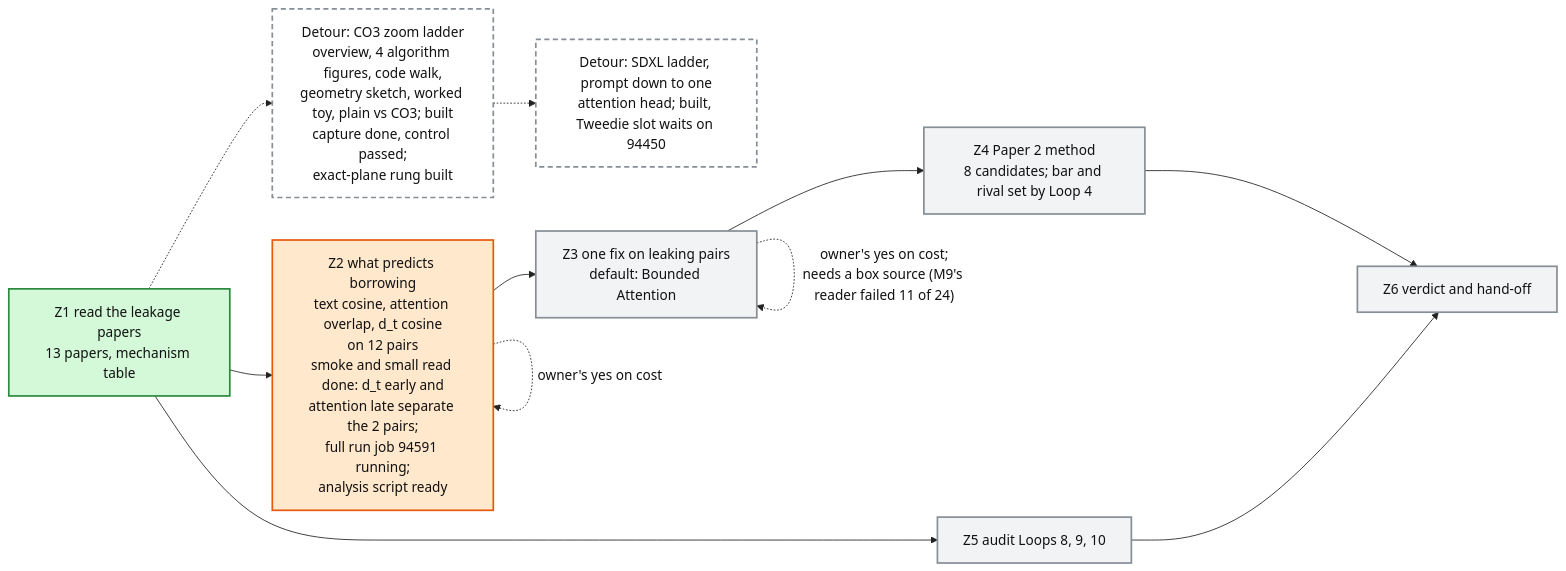
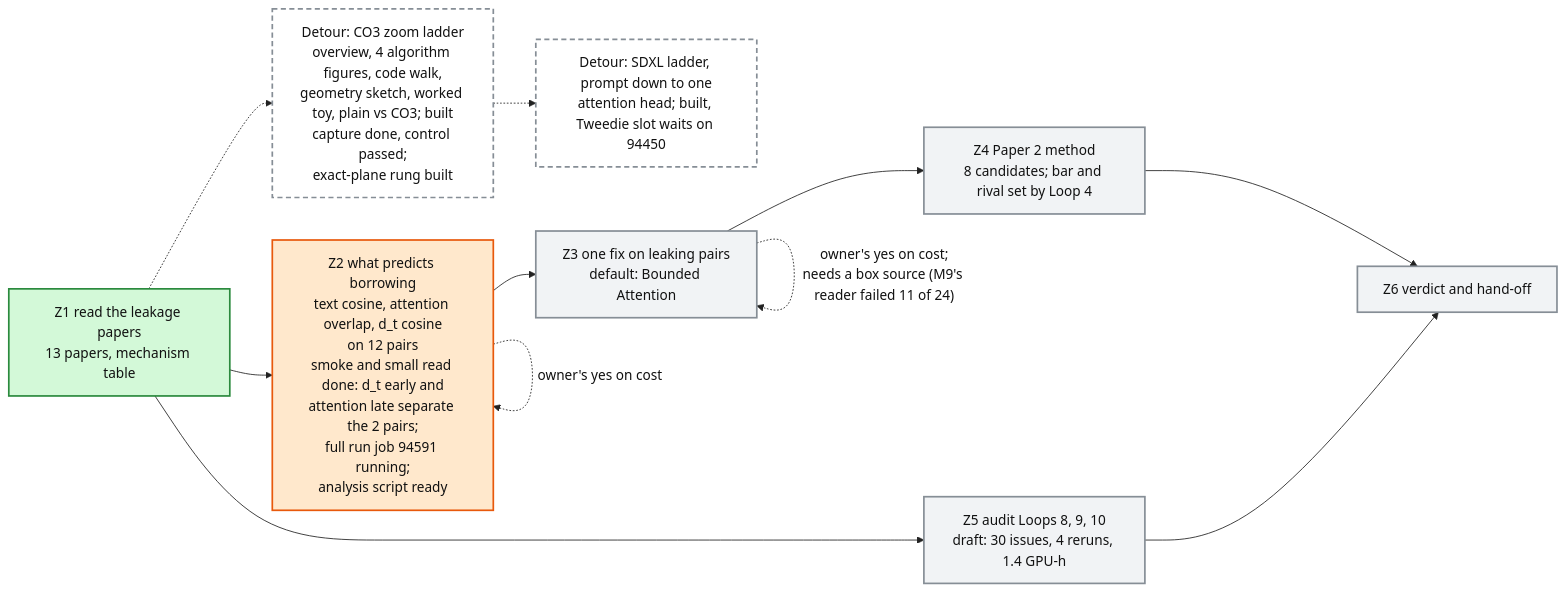
The diagram in artifacts/notes/progress/leakage/loop-12-progress.mmd (mo-rsa24/concept-composition), drawn with Mermaid before and after one commit. The commit also changed 1 other file, not shown here.

Commit message:
Loop 12 map: Z5 draft

```diff
--- a/artifacts/notes/progress/leakage/loop-12-progress.mmd
+++ b/artifacts/notes/progress/leakage/loop-12-progress.mmd
@@ -1,20 +1,20 @@
 %%{init: {'theme': 'base', 'themeVariables': {'fontFamily': 'monospace', 'primaryColor': '#ffffff', 'primaryBorderColor': '#222222', 'primaryTextColor': '#111111', 'lineColor': '#222222'}}}%%
 flowchart LR
   Z1["Z1 read the leakage papers<br/>13 papers, mechanism table"]:::done
   Z2["Z2 what predicts borrowing<br/>text cosine, attention overlap, d_t cosine<br/>on 12 pairs<br/>smoke and small read done: d_t early and<br/>attention late separate the 2 pairs;<br/>full run job 94591 running;<br/>analysis script ready"]:::doing
   Z3["Z3 one fix on leaking pairs<br/>default: Bounded Attention"]:::todo
   Z4["Z4 Paper 2 method<br/>8 candidates; bar and rival set by Loop 4"]:::todo
-  Z5["Z5 audit Loops 8, 9, 10"]:::todo
+  Z5["Z5 audit Loops 8, 9, 10<br/>draft: 30 issues, 4 reruns, 1.4 GPU-h"]:::todo
   Z6["Z6 verdict and hand-off"]:::todo
   LAD["Detour: CO3 zoom ladder<br/>overview, 4 algorithm figures, code walk,<br/>geometry sketch, worked toy, plain vs CO3; built<br/>capture done, control passed;<br/>exact-plane rung built"]:::detour
   Z1 -.-> LAD
   SDX["Detour: SDXL ladder, prompt down to one<br/>attention head; built, Tweedie slot waits on 94450"]:::detour
   LAD -.-> SDX
   Z1 --> Z2 --> Z3 --> Z4 --> Z6
   Z1 --> Z5 --> Z6
   Z2 -. "owner's yes on cost" .-> Z2
   Z3 -. "owner's yes on cost;<br/>needs a box source (M9's reader failed 11 of 24)" .-> Z3
   classDef done fill:#d3f9d8,stroke:#2b8a3e,stroke-width:2px
   classDef doing fill:#ffe8cc,stroke:#e8590c,stroke-width:2px
   classDef detour fill:#ffffff,stroke:#868e96,stroke-width:2px,stroke-dasharray: 6 4
   classDef todo fill:#f1f3f5,stroke:#868e96,stroke-width:2px
```
